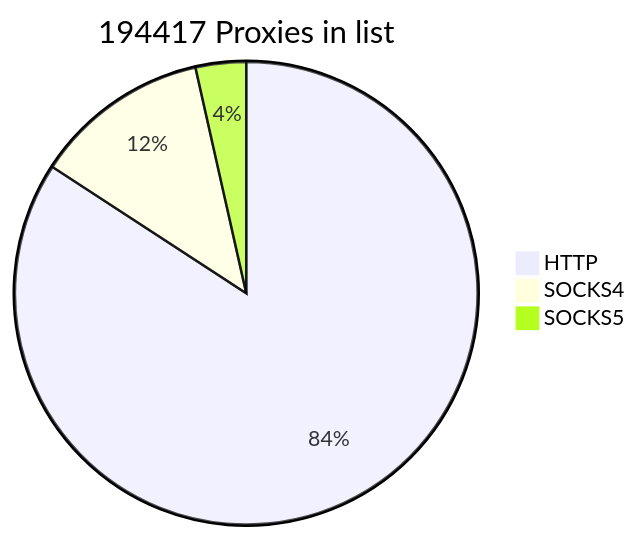
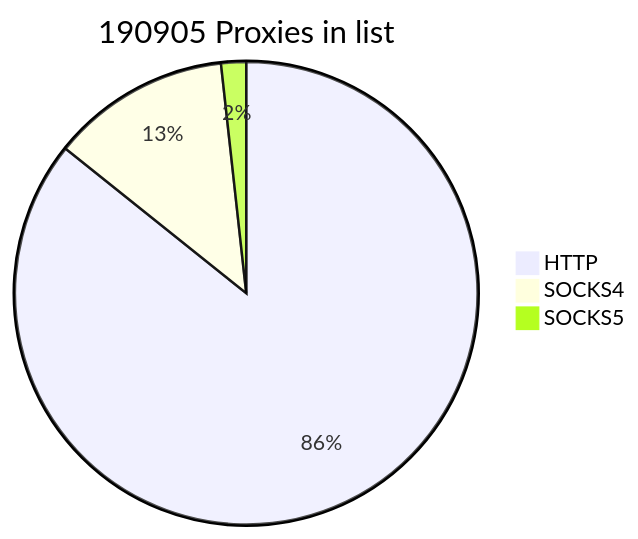
Before and after one commit to cutipu/proxylist: the first of 2 diagrams in README.md, drawn with Mermaid. The commit also changed other lines of this file, not shown here.

````diff
--- a/README.md
+++ b/README.md
@@ -2,7 +2,7 @@
 ```mermaid
-pie title 194417 Proxies in list
+pie title 190905 Proxies in list
     "HTTP" : 163685
-    "SOCKS4" : 23882
-    "SOCKS5" : 6850
+    "SOCKS4" : 23884
+    "SOCKS5" : 3336
             
 ```
````
